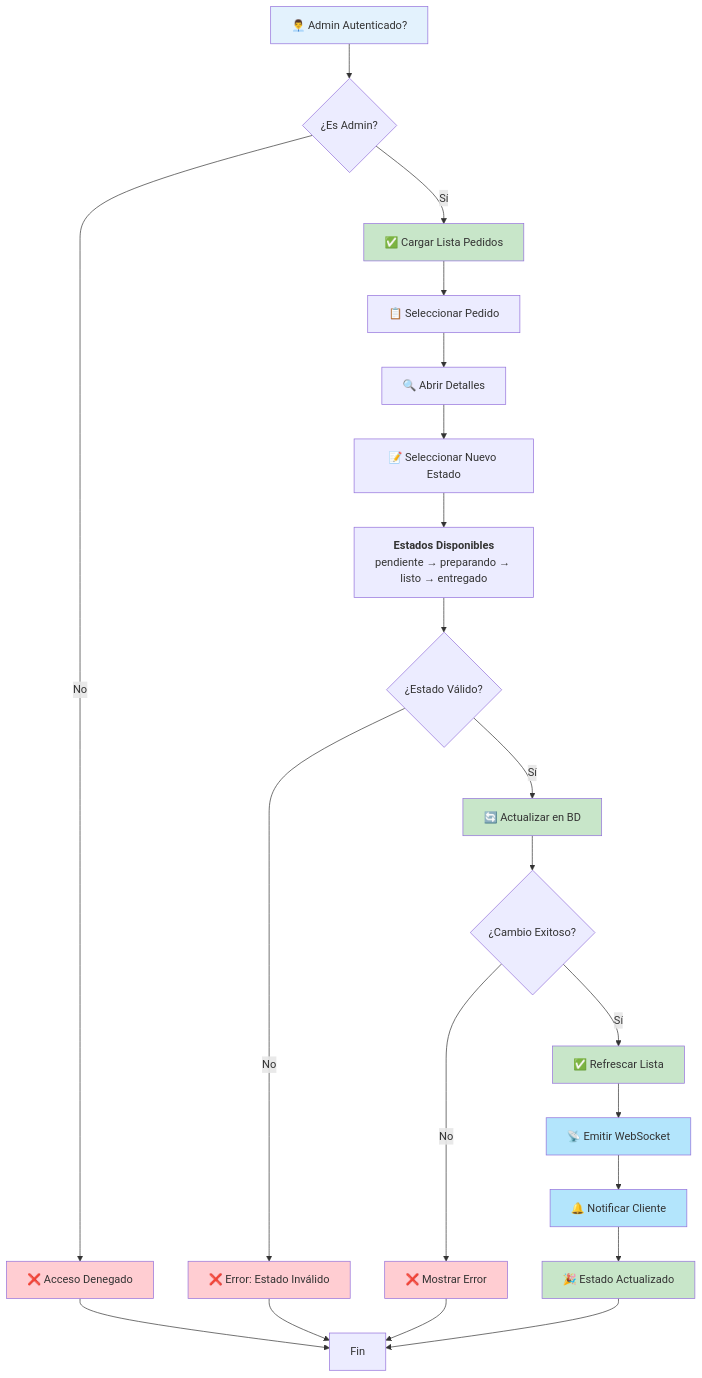
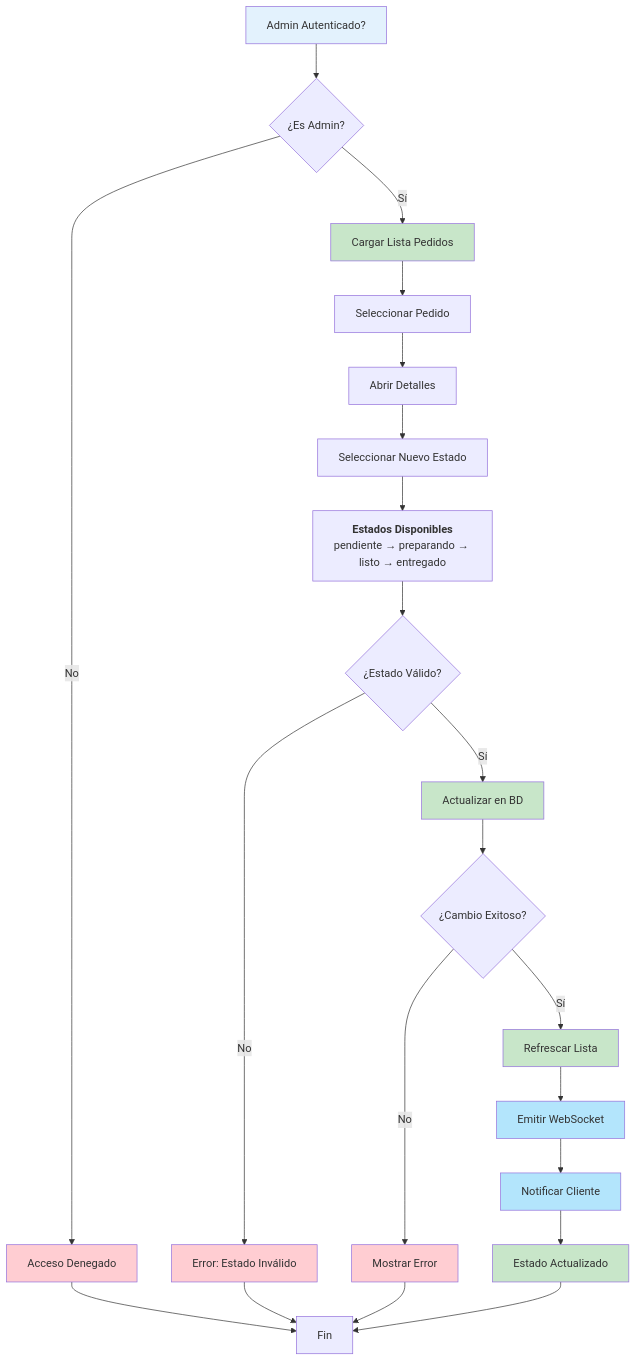
Before and after one commit to keanroti/Cafeteria: the fourth of 9 diagrams in DIAGRAMAS_UML.md, drawn with Mermaid. The commit also changed other lines of this file, not shown here.

Commit message:
diagrams

````diff
--- a/DIAGRAMAS_UML.md
+++ b/DIAGRAMAS_UML.md
@@ -231,40 +231,40 @@
 ```mermaid
 flowchart TD
-    A["👨‍💼 Admin Autenticado?"] --> B{¿Es Admin?}
-    B -->|No| C["❌ Acceso Denegado"]
-    B -->|Sí| D["✅ Cargar Lista Pedidos"]
+    A["Admin Autenticado?"] --> B{¿Es Admin?}
+    B -->|No| C["Acceso Denegado"]
+    B -->|Sí| D["Cargar Lista Pedidos"]
     
     C --> Z["Fin"]
     
-    D --> E["📋 Seleccionar Pedido"]
-    E --> F["🔍 Abrir Detalles"]
-    F --> G["📝 Seleccionar Nuevo Estado"]
+    D --> E["Seleccionar Pedido"]
+    E --> F["Abrir Detalles"]
+    F --> G["Seleccionar Nuevo Estado"]
     G --> H["<b>Estados Disponibles</b><br/>pendiente → preparando → listo → entregado"]
     H --> I{¿Estado Válido?}
     
-    I -->|No| J["❌ Error: Estado Inválido"]
+    I -->|No| J["Error: Estado Inválido"]
     J --> Z
     
-    I -->|Sí| K["🔄 Actualizar en BD"]
+    I -->|Sí| K["Actualizar en BD"]
     K --> L{¿Cambio Exitoso?}
     
-    L -->|No| M["❌ Mostrar Error"]
+    L -->|No| M["Mostrar Error"]
     M --> Z
     
-    L -->|Sí| N["✅ Refrescar Lista"]
-    N --> O["📡 Emitir WebSocket"]
-    O --> P["🔔 Notificar Cliente"]
-    P --> Q["🎉 Estado Actualizado"]
+    L -->|Sí| N["Refrescar Lista"]
+    N --> O["Emitir WebSocket"]
+    O --> P["Notificar Cliente"]
+    P --> Q["Estado Actualizado"]
     Q --> Z
     
     style A fill:#e3f2fd
     style D fill:#c8e6c9
     style K fill:#c8e6c9
     style N fill:#c8e6c9
     style O fill:#b3e5fc
     style P fill:#b3e5fc
     style Q fill:#c8e6c9
     style C fill:#ffcdd2
     style J fill:#ffcdd2
     style M fill:#ffcdd2
 ```
````
